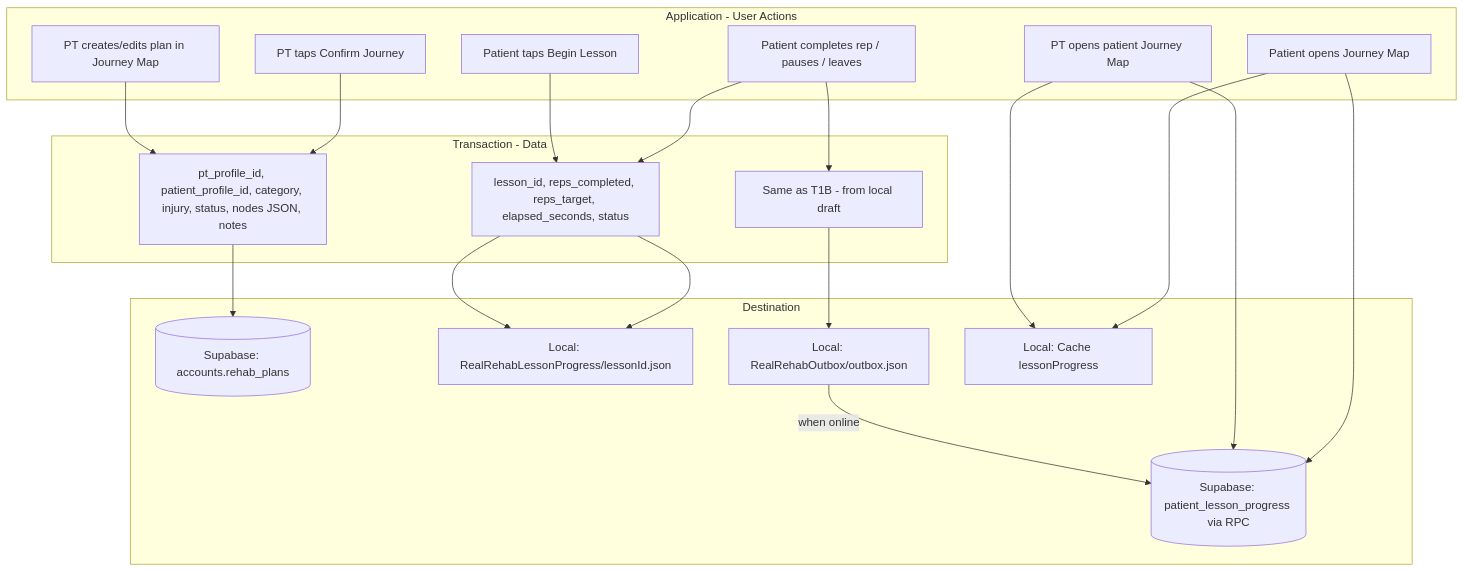
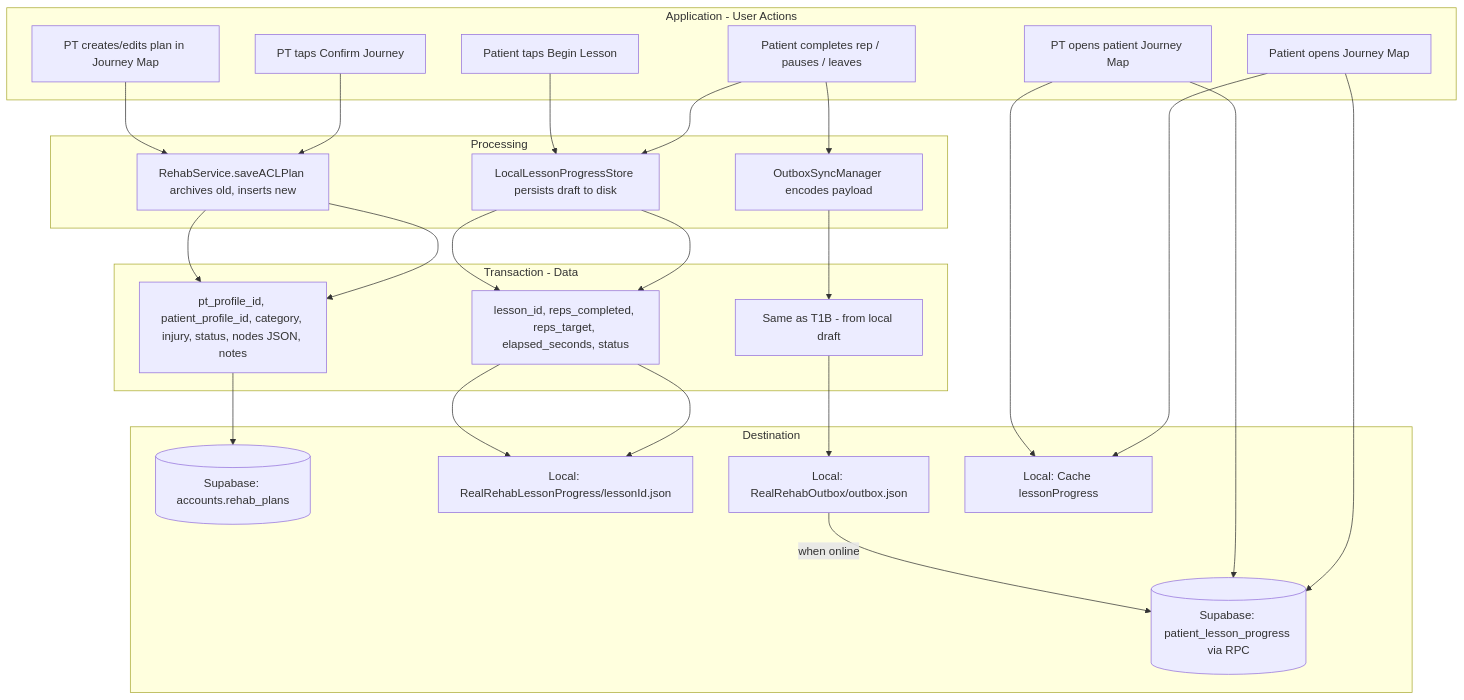
Before and after one commit to seanja5/realrehab-mvp: the first of 4 diagrams in docs/DATA_FLOW.md, drawn with Mermaid. The commit also changed other lines of this file and 1 other file, not shown here.

Commit message:
Add data flow docs with Processing, Bucket F sensor insights

````diff
--- a/docs/DATA_FLOW.md
+++ b/docs/DATA_FLOW.md
@@ -97,36 +106,42 @@
 ```mermaid
 flowchart TB
     subgraph app1 [Application - User Actions]
         A1A[PT creates/edits plan in Journey Map]
         A1B[PT taps Confirm Journey]
         A1C[Patient taps Begin Lesson]
         A1D[Patient completes rep / pauses / leaves]
         A1E[PT opens patient Journey Map]
         A1F[Patient opens Journey Map]
+    end
+
+    subgraph proc1 [Processing]
+        P1A[RehabService.saveACLPlan archives old, inserts new]
+        P1B[LocalLessonProgressStore persists draft to disk]
+        P1C[OutboxSyncManager encodes payload]
     end
 
     subgraph tx1 [Transaction - Data]
         T1A[pt_profile_id, patient_profile_id, category, injury, status, nodes JSON, notes]
         T1B[lesson_id, reps_completed, reps_target, elapsed_seconds, status]
         T1C[Same as T1B - from local draft]
     end
 
     subgraph dest1 [Destination]
         D1A[(Supabase: accounts.rehab_plans)]
         D1B[(Supabase: patient_lesson_progress via RPC)]
         D1C[Local: RealRehabLessonProgress/lessonId.json]
         D1D[Local: RealRehabOutbox/outbox.json]
         D1E[Local: Cache lessonProgress]
     end
 
-    A1A --> T1A
-    A1B --> T1A --> D1A
-    A1C --> T1B --> D1C
-    A1D --> T1B --> D1C
-    A1D --> T1C --> D1D
+    A1A --> P1A --> T1A
+    A1B --> P1A --> T1A --> D1A
+    A1C --> P1B --> T1B --> D1C
+    A1D --> P1B --> T1B --> D1C
+    A1D --> P1C --> T1C --> D1D
     D1D -->|when online| D1B
     A1E --> D1B
     A1E --> D1E
     A1F --> D1B
     A1F --> D1E
 ```
````
